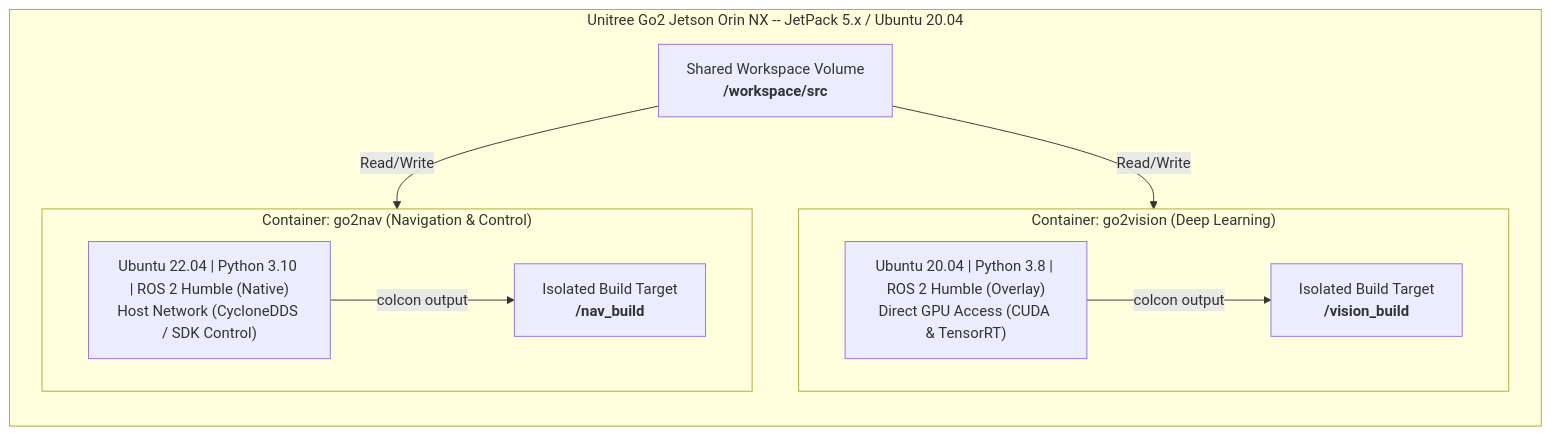
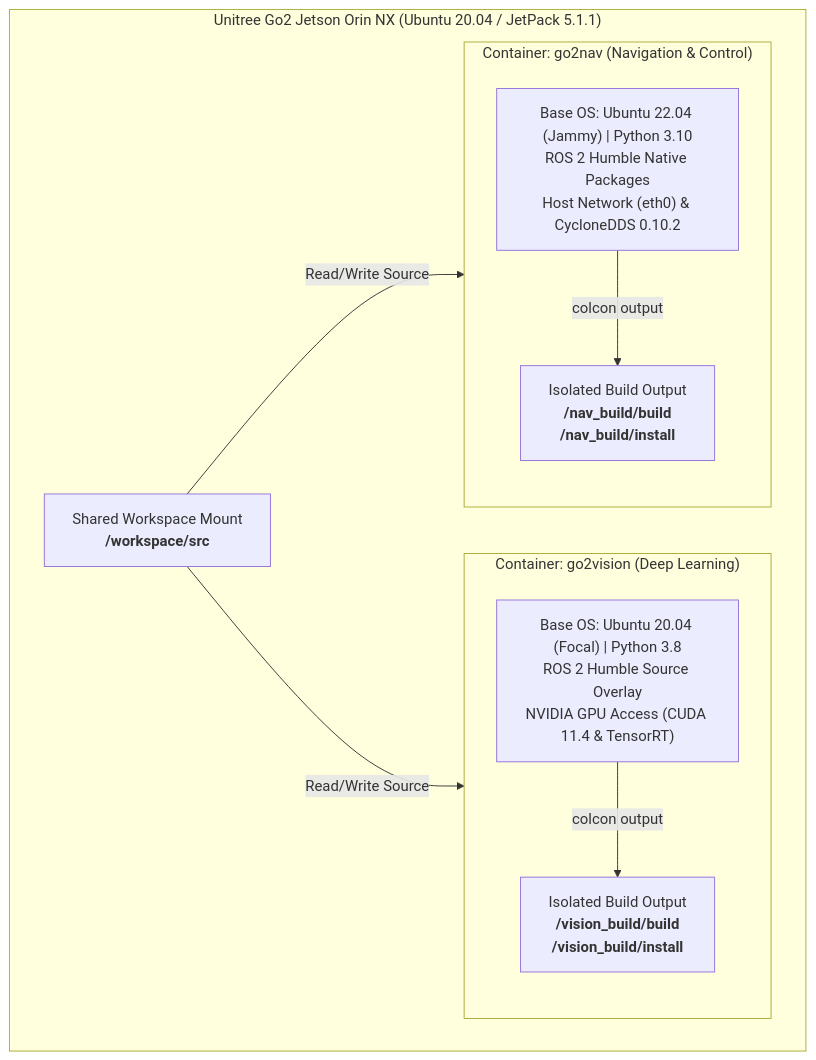
The first of 3 diagrams in ARCHITECTURE.md (SafalSubedi03/navigationgo2), drawn with Mermaid before and after one commit. The commit also changed other lines of this file and 4 other files, not shown here.

````diff
--- a/ARCHITECTURE.md
+++ b/ARCHITECTURE.md
@@ -11,22 +13,21 @@
 ```mermaid
 graph TD
-    subgraph Host Jetson Orin [Unitree Go2 Jetson Orin NX -- JetPack 5.x / Ubuntu 20.04]
-        direction TB
-        SharedSource["Shared Workspace Volume<br><b>/workspace/src</b>"]
+    subgraph Host ["Unitree Go2 Jetson Orin NX (Ubuntu 20.04 / JetPack 5.1.1)"]
+        SharedVol["Shared Workspace Mount<br><b>/workspace/src</b>"]
         
-        subgraph go2vision ["Container: go2vision (Deep Learning)"]
-            VisionEnv["Ubuntu 20.04 | Python 3.8 | ROS 2 Humble (Overlay)<br>Direct GPU Access (CUDA & TensorRT)"]
-            VisionBuild["Isolated Build Target<br><b>/vision_build</b>"]
+        subgraph Container_Vision ["Container: go2vision (Deep Learning)"]
+            VisionEnv["Base OS: Ubuntu 20.04 (Focal) | Python 3.8<br>ROS 2 Humble Source Overlay<br>NVIDIA GPU Access (CUDA 11.4 & TensorRT)"]
+            VisionBuild["Isolated Build Output<br><b>/vision_build/build</b><br><b>/vision_build/install</b>"]
         end
 
-        subgraph go2nav ["Container: go2nav (Navigation & Control)"]
-            NavEnv["Ubuntu 22.04 | Python 3.10 | ROS 2 Humble (Native)<br>Host Network (CycloneDDS / SDK Control)"]
-            NavBuild["Isolated Build Target<br><b>/nav_build</b>"]
+        subgraph Container_Nav ["Container: go2nav (Navigation & Control)"]
+            NavEnv["Base OS: Ubuntu 22.04 (Jammy) | Python 3.10<br>ROS 2 Humble Native Packages<br>Host Network (eth0) & CycloneDDS 0.10.2"]
+            NavBuild["Isolated Build Output<br><b>/nav_build/build</b><br><b>/nav_build/install</b>"]
         end
         
-        SharedSource -->|Read/Write| go2vision
-        SharedSource -->|Read/Write| go2nav
+        SharedVol -->|Read/Write Source| Container_Vision
+        SharedVol -->|Read/Write Source| Container_Nav
         VisionEnv -->|colcon output| VisionBuild
         NavEnv -->|colcon output| NavBuild
     end
 ```
````
